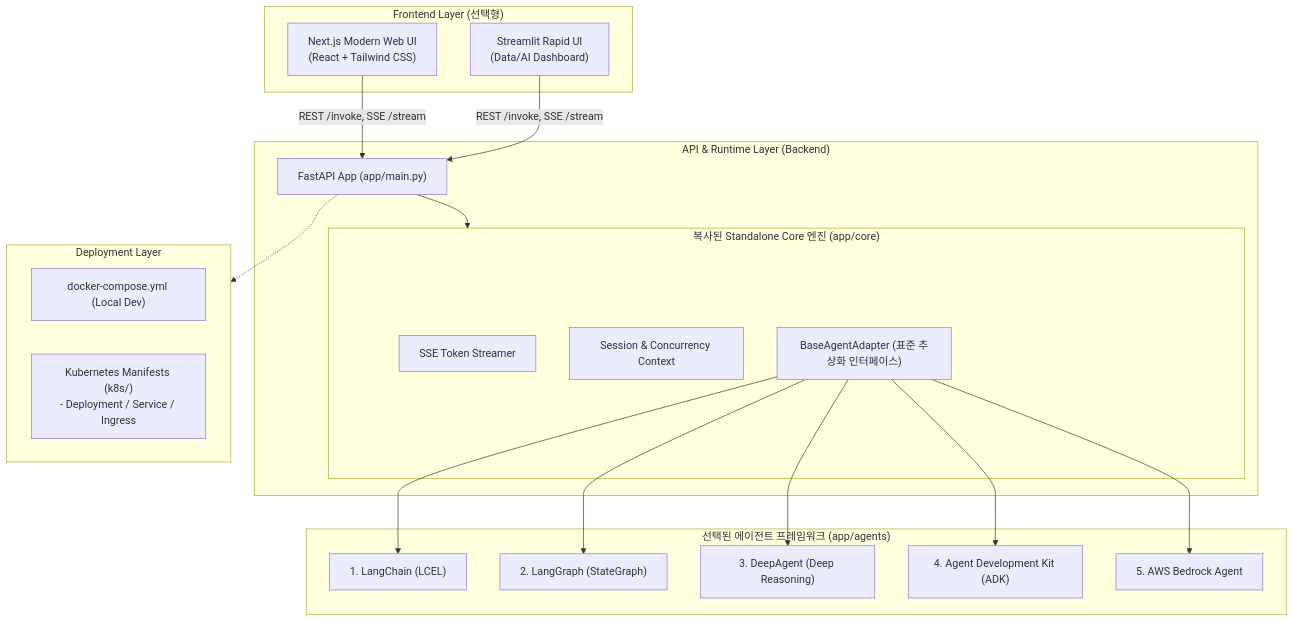
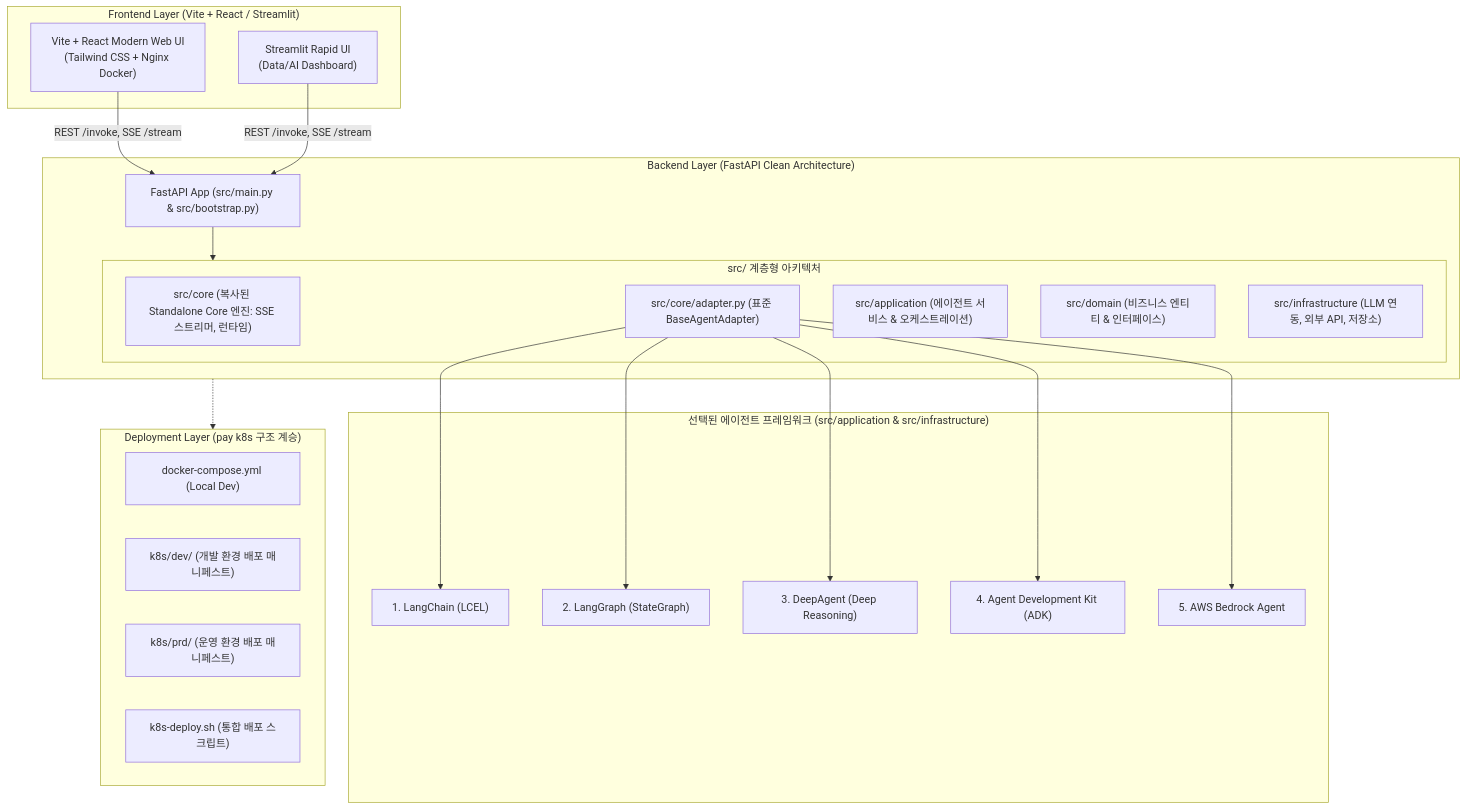
One commit to bulgemi/AgentForge changed the diagram in README.md. Above: the diagram before and after it, drawn with Mermaid. The commit also changed other lines of this file, not shown here.

Commit message:
docs: pay repo 실전 클린 아키텍처 및 K8s 환경 구조 반영

````diff
--- a/README.md
+++ b/README.md
@@ -35,39 +35,43 @@
 ```mermaid
 graph TD
-    subgraph Client["Frontend Layer (선택형)"]
-        UI_Next["Next.js Modern Web UI<br/>(React + Tailwind CSS)"]
+    subgraph Client["Frontend Layer (Vite + React / Streamlit)"]
+        UI_Vite["Vite + React Modern Web UI<br/>(Tailwind CSS + Nginx Docker)"]
         UI_Streamlit["Streamlit Rapid UI<br/>(Data/AI Dashboard)"]
     end
 
-    subgraph Gateway["API & Runtime Layer (Backend)"]
-        API["FastAPI App (app/main.py)"]
-        subgraph CoreEngine["복사된 Standalone Core 엔진 (app/core)"]
-            Streaming["SSE Token Streamer"]
-            Runtime["Session & Concurrency Context"]
-            AdapterBase["BaseAgentAdapter (표준 추상화 인터페이스)"]
+    subgraph BackendGateway["Backend Layer (FastAPI Clean Architecture)"]
+        API["FastAPI App (src/main.py & src/bootstrap.py)"]
+        subgraph LayeredArch["src/ 계층형 아키텍처"]
+            CoreEngine["src/core (복사된 Standalone Core 엔진: SSE 스트리머, 런타임)"]
+            AdapterBase["src/core/adapter.py (표준 BaseAgentAdapter)"]
+            AppService["src/application (에이전트 서비스 & 오케스트레이션)"]
+            Domain["src/domain (비즈니스 엔티티 & 인터페이스)"]
+            Infra["src/infrastructure (LLM 연동, 외부 API, 저장소)"]
         end
     end
 
-    subgraph Frameworks["선택된 에이전트 프레임워크 (app/agents)"]
+    subgraph Frameworks["선택된 에이전트 프레임워크 (src/application & src/infrastructure)"]
         FW1["1. LangChain (LCEL)"]
         FW2["2. LangGraph (StateGraph)"]
         FW3["3. DeepAgent (Deep Reasoning)"]
         FW4["4. Agent Development Kit (ADK)"]
         FW5["5. AWS Bedrock Agent"]
     end
 
-    subgraph Deploy["Deployment Layer"]
+    subgraph Deploy["Deployment Layer (pay k8s 구조 계승)"]
         Compose["docker-compose.yml (Local Dev)"]
-        K8s["Kubernetes Manifests (k8s/)<br/>- Deployment / Service / Ingress"]
+        K8sDev["k8s/dev/ (개발 환경 배포 매니페스트)"]
+        K8sPrd["k8s/prd/ (운영 환경 배포 매니페스트)"]
+        K8sDeploy["k8s-deploy.sh (통합 배포 스크립트)"]
     end
 
-    UI_Next -->|REST /invoke, SSE /stream| API
+    UI_Vite -->|REST /invoke, SSE /stream| API
     UI_Streamlit -->|REST /invoke, SSE /stream| API
-    API --> CoreEngine
+    API --> LayeredArch
     AdapterBase --> FW1
     AdapterBase --> FW2
     AdapterBase --> FW3
     AdapterBase --> FW4
     AdapterBase --> FW5
-    API -.-> Deploy
+    BackendGateway -.-> Deploy
 ```
````
